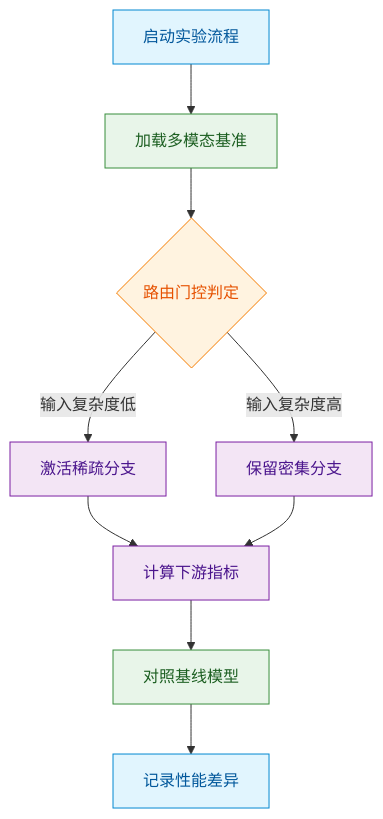
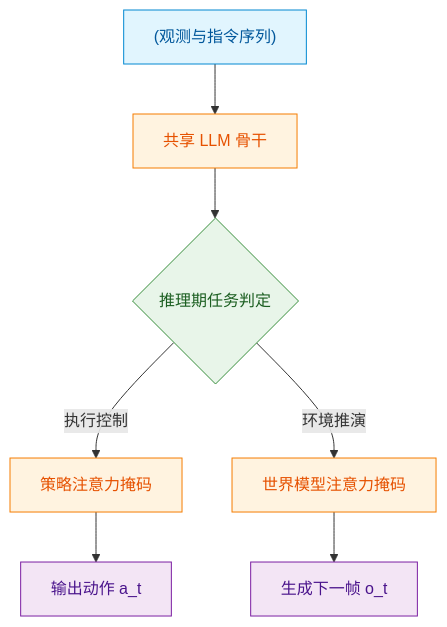
One commit to ShinewineW/paper-rolling changed the fourth of 10 diagrams in person_vault/2026-06-08_WorldVLA_2506.21539/report.md. Above: the diagram before and after it, drawn with Mermaid. The commit also changed other lines of this file and 51 other files, not shown here.

````diff
--- a/person_vault/2026-06-08_WorldVLA_2506.21539/report.md
+++ b/person_vault/2026-06-08_WorldVLA_2506.21539/report.md
@@ -221,25 +243,14 @@
 ```mermaid
 flowchart TB
-  classDef start fill:#e1f5fe,color:#01579b,stroke:#0288d1
-  classDef process fill:#f3e5f5,color:#4a148c,stroke:#7b1fa2
-  classDef decision fill:#fff3e0,color:#e65100,stroke:#f57c00
-  classDef data fill:#e8f5e9,color:#1b5e20,stroke:#388e3c
-  
-  start_exp["启动实验流程"]:::start
-  load_data["加载多模态基准"]:::data
-  route_check{路由门控判定}:::decision
-  sparse_path["激活稀疏分支"]:::process
-  dense_path["保留密集分支"]:::process
-  eval_metric["计算下游指标"]:::process
-  compare_base["对照基线模型"]:::data
-  log_result["记录性能差异"]:::start
-  
-  start_exp --> load_data
-  load_data --> route_check
-  route_check -->|输入复杂度低| sparse_path
-  route_check -->|输入复杂度高| dense_path
-  sparse_path --> eval_metric
-  dense_path --> eval_metric
-  eval_metric --> compare_base
-  compare_base --> log_result
+  classDef data fill:#e1f5fe,color:#01579b,stroke:#0288d1
+  classDef process fill:#fff3e0,color:#e65100,stroke:#f57c00
+  classDef decision fill:#e8f5e9,color:#1b5e20,stroke:#388e3c
+  classDef output fill:#f3e5f5,color:#4a148c,stroke:#7b1fa2
+
+  input_data["(观测与指令序列)"]:::data --> unified_backbone["共享 LLM 骨干"]:::process
+  unified_backbone --> task_router{推理期任务判定}:::decision
+  task_router -->|执行控制| policy_mask["策略注意力掩码"]:::process
+  task_router -->|环境推演| world_mask["世界模型注意力掩码"]:::process
+  policy_mask --> action_out["输出动作 a_t"]:::output
+  world_mask --> obs_out["生成下一帧 o_t"]:::output
 ```
````
